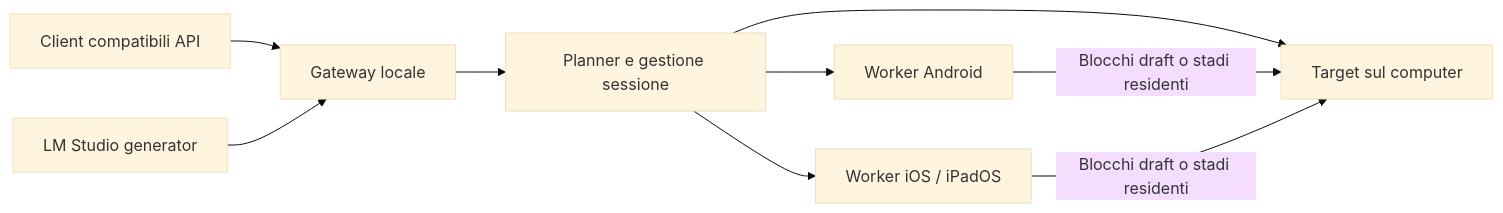
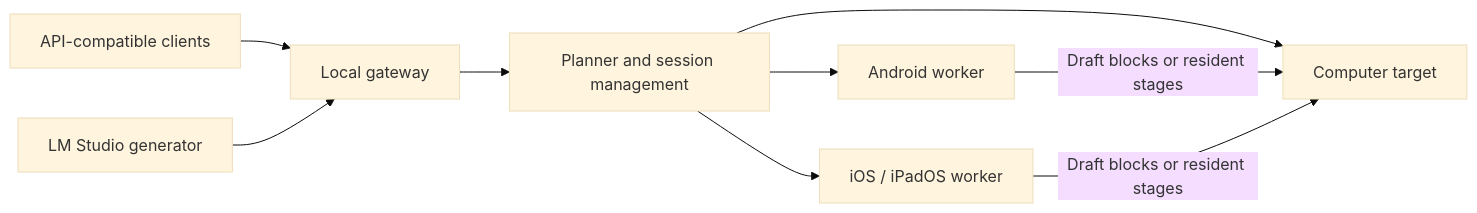
The diagram in ASSESSMENT.md (sev7enITA/NodeLift), drawn with Mermaid (base theme) before and after one commit. The commit also changed other lines of this file and 39 other files, not shown here.

````diff
--- a/ASSESSMENT.md
+++ b/ASSESSMENT.md
@@ -58,11 +58,11 @@
 ```mermaid
 flowchart LR
-  C[Client compatibili API] --> G[Gateway locale]
+  C[API-compatible clients] --> G[Local gateway]
   L[LM Studio generator] --> G
-  G --> P[Planner e gestione sessione]
-  P --> H[Target sul computer]
-  P --> A[Worker Android]
-  P --> I[Worker iOS / iPadOS]
-  A -->|Blocchi draft o stadi residenti| H
-  I -->|Blocchi draft o stadi residenti| H
+  G --> P[Planner and session management]
+  P --> H[Computer target]
+  P --> A[Android worker]
+  P --> I[iOS / iPadOS worker]
+  A -->|Draft blocks or resident stages| H
+  I -->|Draft blocks or resident stages| H
 ```
````
